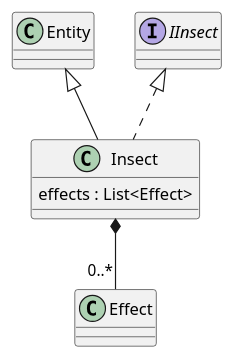
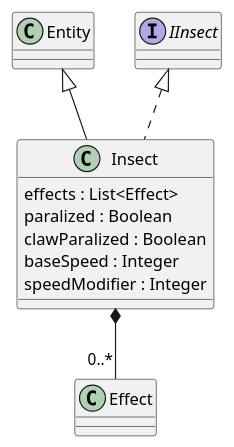
Before and after one commit to Petya-G/fungorium: the diagram in 4/classes/insect.puml, drawn with PlantUML. The commit also changed 3 other files, not shown here.

```diff
--- a/4/classes/insect.puml
+++ b/4/classes/insect.puml
@@ -1,8 +1,12 @@
 @startuml insect
 
 Insect *-- "0..*" Effect
 class Insect extends Entity implements IInsect{
     effects : List<Effect>
+    paralized : Boolean
+    clawParalized : Boolean
+    baseSpeed : Integer
+    speedModifier : Integer
 }
 
 @enduml
```
